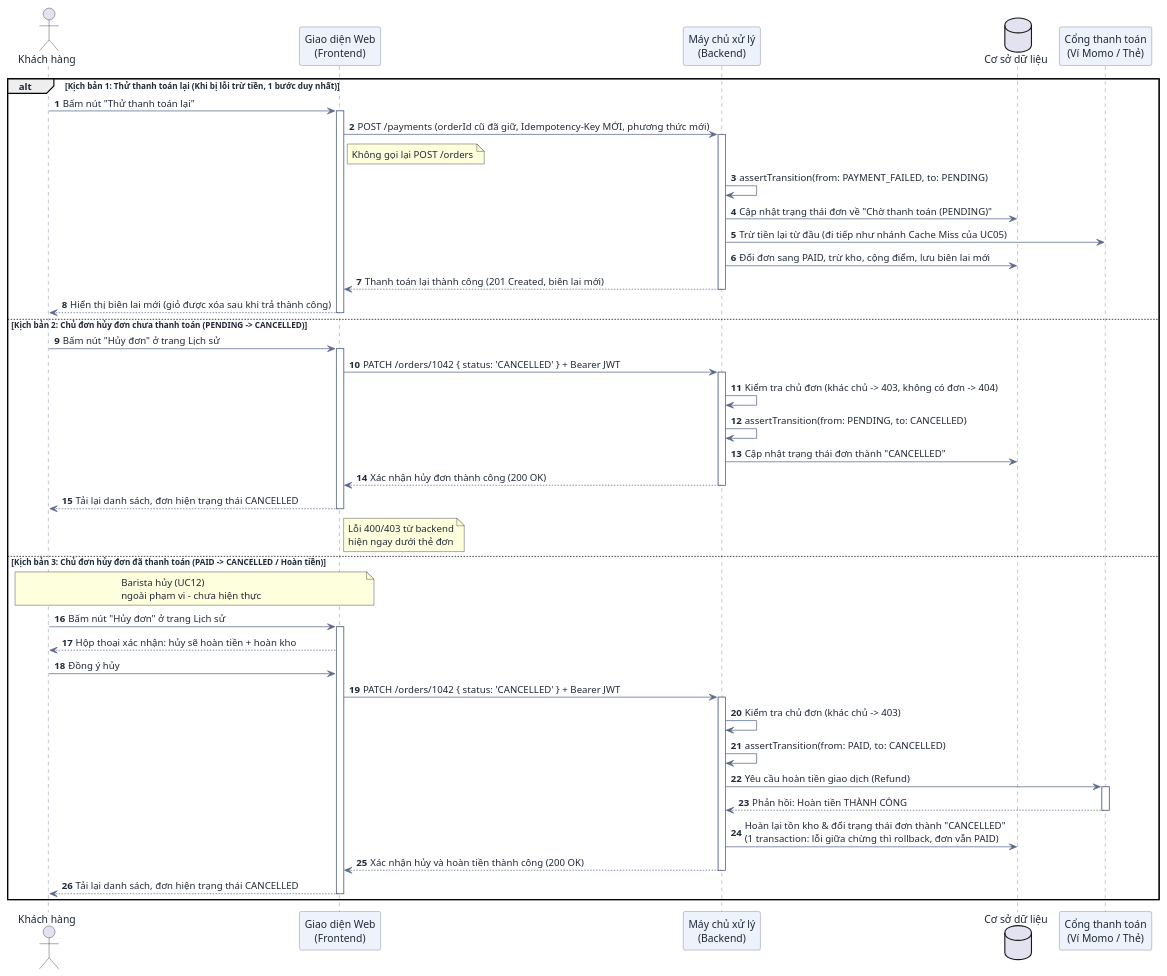
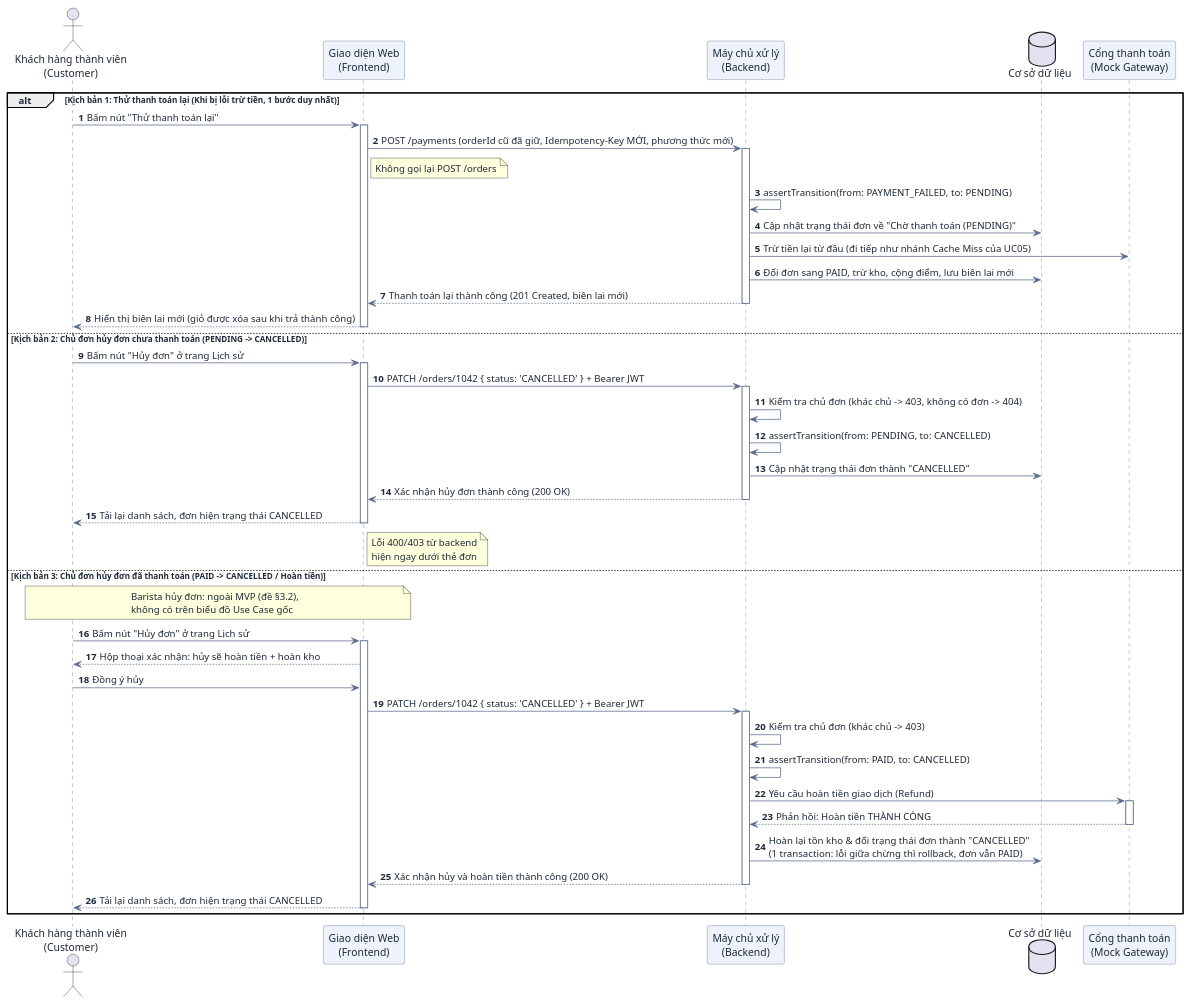
Before and after one commit to DuVinhLoi/BrewLite: the fifth of 6 diagrams in docs/user-sequence-specifications.md, drawn with PlantUML. The commit also changed other lines of this file and 6 other files, not shown here.

First line of the commit message:
docs: doi chieu de goc PDF, dong bo use case (root) voi sequence

````diff
--- a/docs/user-sequence-specifications.md
+++ b/docs/user-sequence-specifications.md
@@ -443,66 +456,66 @@
 ```plantuml
 @startuml
 skinparam DefaultFontColor #1f2937
 skinparam ArrowColor #5b6b8c
 skinparam SequenceParticipantBackgroundColor #eef2fb
 skinparam SequenceParticipantBorderColor #5b6b8c
 skinparam SequenceLifeLineBorderColor #5b6b8c
 
 autonumber
-actor "Khách hàng" as User
+actor "Khách hàng thành viên\n(Customer)" as User
 participant "Giao diện Web\n(Frontend)" as FE
 participant "Máy chủ xử lý\n(Backend)" as BE
 database "Cơ sở dữ liệu" as DB
-participant "Cổng thanh toán\n(Ví Momo / Thẻ)" as Gateway
+participant "Cổng thanh toán\n(Mock Gateway)" as Gateway
 
 alt Kịch bản 1: Thử thanh toán lại (Khi bị lỗi trừ tiền, 1 bước duy nhất)
     User -> FE : Bấm nút "Thử thanh toán lại"
     activate FE
     FE -> BE : POST /payments (orderId cũ đã giữ, Idempotency-Key MỚI, phương thức mới)
     note right of FE : Không gọi lại POST /orders
     activate BE
     BE -> BE : assertTransition(from: PAYMENT_FAILED, to: PENDING)
     BE -> DB : Cập nhật trạng thái đơn về "Chờ thanh toán (PENDING)"
     BE -> Gateway : Trừ tiền lại từ đầu (đi tiếp như nhánh Cache Miss của UC05)
     BE -> DB : Đổi đơn sang PAID, trừ kho, cộng điểm, lưu biên lai mới
     BE --> FE : Thanh toán lại thành công (201 Created, biên lai mới)
     deactivate BE
     FE --> User : Hiển thị biên lai mới (giỏ được xóa sau khi trả thành công)
     deactivate FE
 
 else Kịch bản 2: Chủ đơn hủy đơn chưa thanh toán (PENDING -> CANCELLED)
     User -> FE : Bấm nút "Hủy đơn" ở trang Lịch sử
     activate FE
     FE -> BE : PATCH /orders/1042 { status: 'CANCELLED' } + Bearer JWT
     activate BE
     BE -> BE : Kiểm tra chủ đơn (khác chủ -> 403, không có đơn -> 404)
     BE -> BE : assertTransition(from: PENDING, to: CANCELLED)
     BE -> DB : Cập nhật trạng thái đơn thành "CANCELLED"
     BE --> FE : Xác nhận hủy đơn thành công (200 OK)
     deactivate BE
     FE --> User : Tải lại danh sách, đơn hiện trạng thái CANCELLED
     note right of FE : Lỗi 400/403 từ backend\nhiện ngay dưới thẻ đơn
     deactivate FE
 
 else Kịch bản 3: Chủ đơn hủy đơn đã thanh toán (PAID -> CANCELLED / Hoàn tiền)
-    note over User, FE : Barista hủy (UC12)\nngoài phạm vi - chưa hiện thực
+    note over User, FE : Barista hủy đơn: ngoài MVP (đề §3.2),\nkhông có trên biểu đồ Use Case gốc
     User -> FE : Bấm nút "Hủy đơn" ở trang Lịch sử
     activate FE
     FE --> User : Hộp thoại xác nhận: hủy sẽ hoàn tiền + hoàn kho
     User -> FE : Đồng ý hủy
     FE -> BE : PATCH /orders/1042 { status: 'CANCELLED' } + Bearer JWT
     activate BE
     BE -> BE : Kiểm tra chủ đơn (khác chủ -> 403)
     BE -> BE : assertTransition(from: PAID, to: CANCELLED)
     BE -> Gateway : Yêu cầu hoàn tiền giao dịch (Refund)
     activate Gateway
     Gateway --> BE : Phản hồi: Hoàn tiền THÀNH CÔNG
     deactivate Gateway
     BE -> DB : Hoàn lại tồn kho & đổi trạng thái đơn thành "CANCELLED"\n(1 transaction: lỗi giữa chừng thì rollback, đơn vẫn PAID)
     BE --> FE : Xác nhận hủy và hoàn tiền thành công (200 OK)
     deactivate BE
     FE --> User : Tải lại danh sách, đơn hiện trạng thái CANCELLED
     deactivate FE
 end
 @enduml
 ```
````
